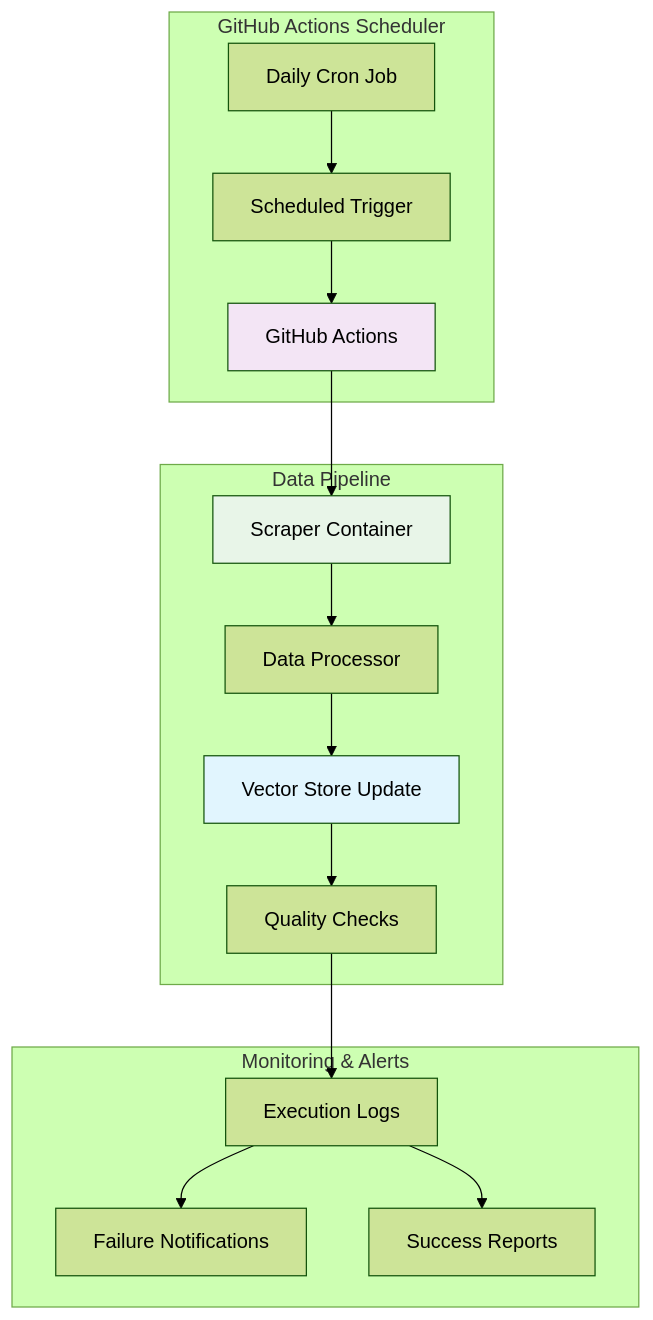
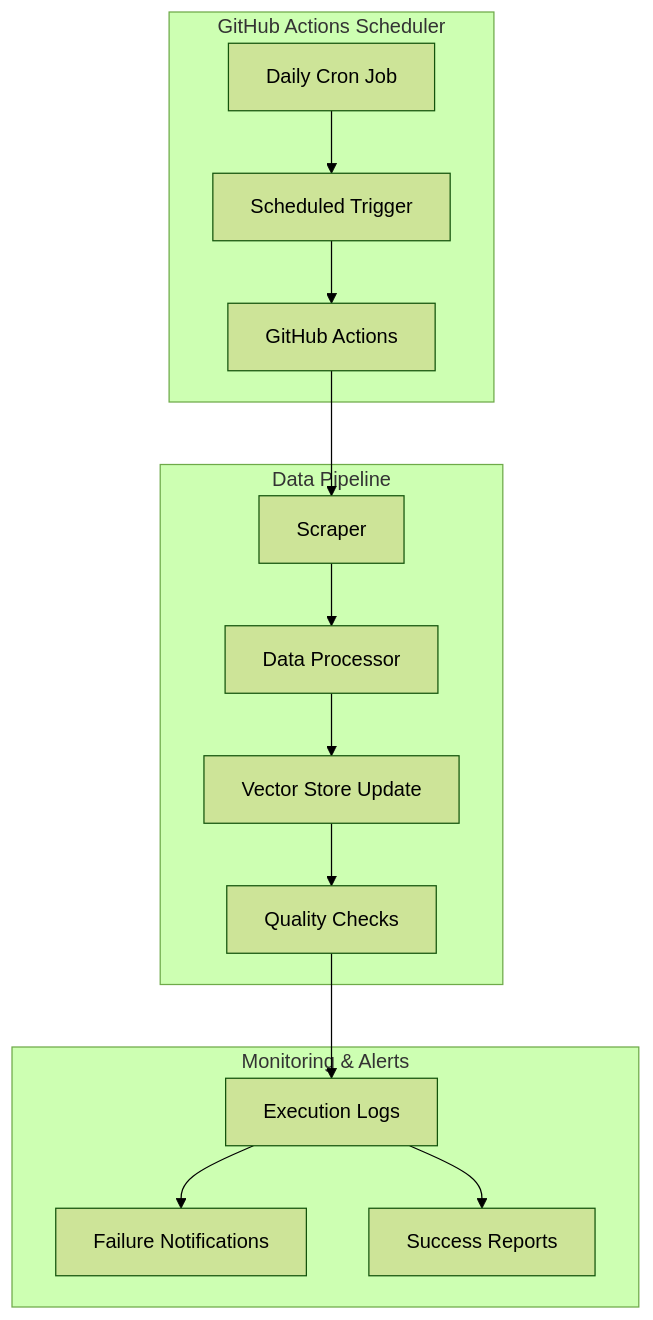
The seventh of 13 diagrams in doc/architecture.md (hey2308/Groww-RAG-chatbot), drawn with Mermaid (forest theme) before and after one commit. The commit also changed other lines of this file, not shown here.

Commit message:
Update architecture.md: reflect current tech stack (Groq, pure Python vector store, Next.js, Render)

````diff
--- a/doc/architecture.md
+++ b/doc/architecture.md
@@ -365,35 +320,31 @@
 ```mermaid
 graph TB
     subgraph "GitHub Actions Scheduler"
         GA[GitHub Actions]
         Cron[Daily Cron Job]
         Trigger[Scheduled Trigger]
     end
     
     subgraph "Data Pipeline"
-        SC[Scraper Container]
+        SC[Scraper]
         DP[Data Processor]
         VS[Vector Store Update]
         QC[Quality Checks]
     end
     
     subgraph "Monitoring & Alerts"
         Logs[Execution Logs]
         Alerts[Failure Notifications]
         Success[Success Reports]
     end
     
     Cron --> Trigger
     Trigger --> GA
     GA --> SC
     SC --> DP
     DP --> VS
     VS --> QC
     QC --> Logs
     Logs --> Alerts
     Logs --> Success
-    
-    style GA fill:#f3e5f5
-    style SC fill:#e8f5e8
-    style VS fill:#e1f5fe
 ```
````
